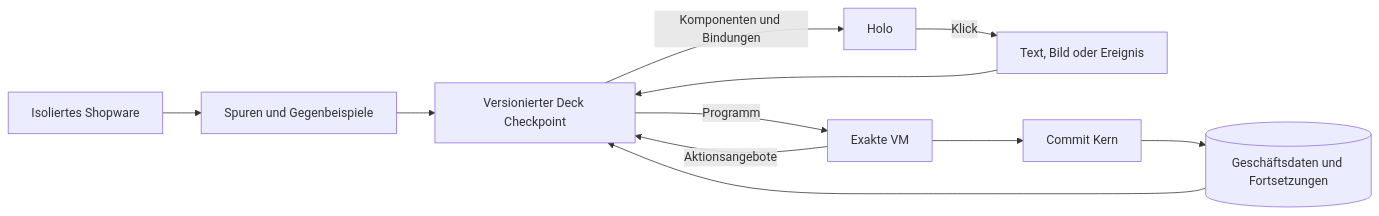
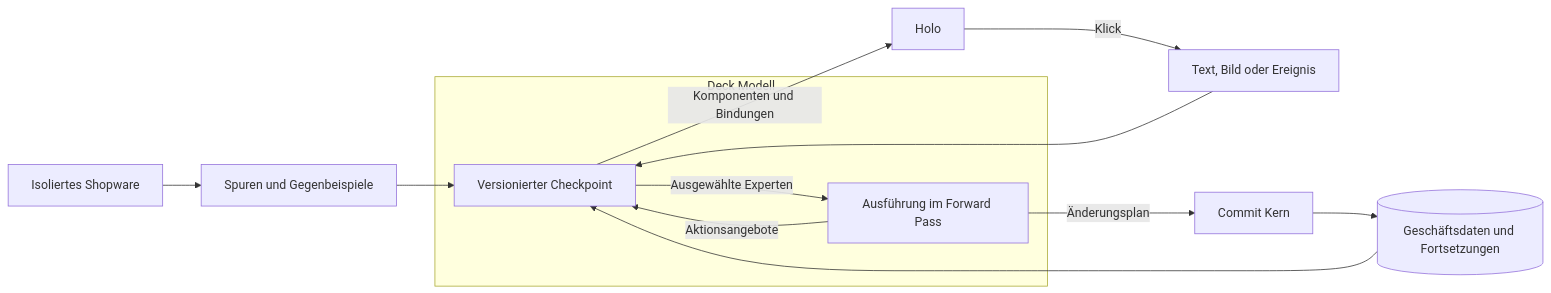
One commit to sthamann/holodeck changed the diagram in docs/shopware-absorption.md. Above: the diagram before and after it, drawn with Mermaid. The commit also changed other lines of this file and 27 other files, not shown here.

````diff
--- a/docs/shopware-absorption.md
+++ b/docs/shopware-absorption.md
@@ -39,13 +36,15 @@
 ```mermaid
 flowchart LR
     T[Isoliertes Shopware] --> D[Spuren und Gegenbeispiele]
-    D --> C[Versionierter Deck Checkpoint]
     E[Text, Bild oder Ereignis] --> C
     S[(Geschäftsdaten und Fortsetzungen)] --> C
-    C -->|Programm| V[Exakte VM]
-    V --> K[Commit Kern]
+    D --> C
+    subgraph DECK[Deck Modell]
+        C[Versionierter Checkpoint] -->|Ausgewählte Experten| V[Ausführung im Forward Pass]
+        V -->|Aktionsangebote| C
+    end
+    V -->|Änderungsplan| K[Commit Kern]
     K --> S
-    V -->|Aktionsangebote| C
     C -->|Komponenten und Bindungen| H[Holo]
     H -->|Klick| E
 ```
````
